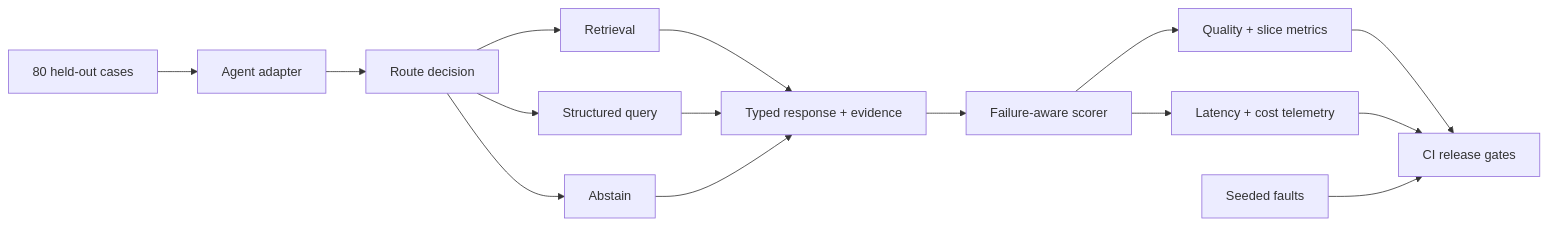
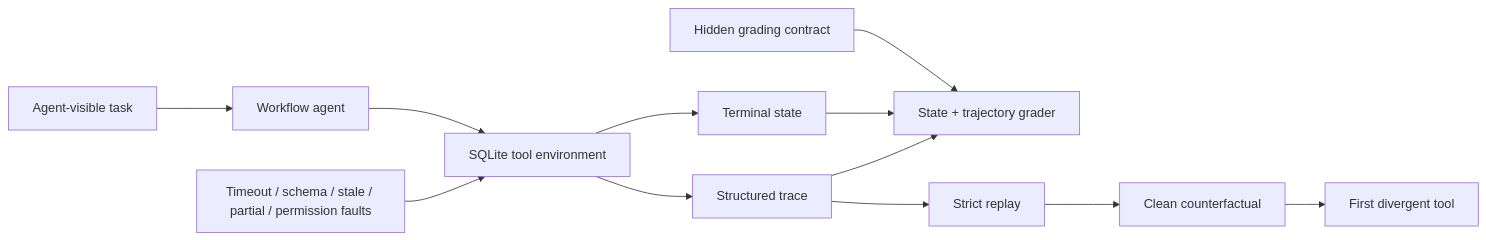
Before and after one commit to rdfds/agent-evaluation-harness: the diagram in README.md, drawn with Mermaid. The commit also changed other lines of this file and 2 other files, not shown here.

Commit message:
Document the stateful evaluation contract

````diff
--- a/README.md
+++ b/README.md
@@ -30,17 +32,14 @@
 ```mermaid
 flowchart LR
-    A[80 held-out cases] --> B[Agent adapter]
-    B --> C[Route decision]
-    C --> D[Retrieval]
-    C --> E[Structured query]
-    C --> F[Abstain]
-    D --> G[Typed response + evidence]
+    A[Hidden grading contract] --> G[State + trajectory grader]
+    B[Agent-visible task] --> C[Workflow agent]
+    C --> D[SQLite tool environment]
+    D --> E[Terminal state]
+    D --> F[Structured trace]
+    H[Timeout / schema / stale / partial / permission faults] --> D
     E --> G
     F --> G
-    G --> H[Failure-aware scorer]
-    H --> I[Quality + slice metrics]
-    H --> J[Latency + cost telemetry]
-    I --> K[CI release gates]
-    J --> K
-    L[Seeded faults] --> K
+    F --> I[Strict replay]
+    I --> J[Clean counterfactual]
+    J --> K[First divergent tool]
 ```
````
